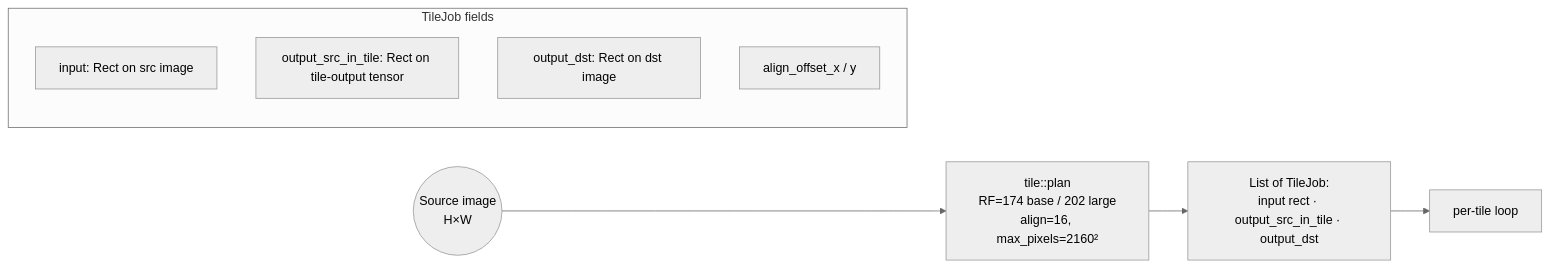
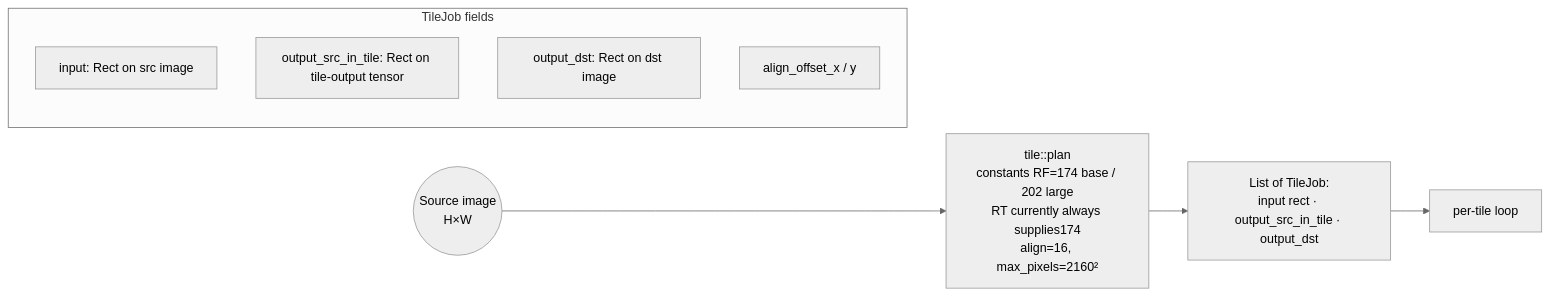
Before and after one commit to ssoj13/oidn-rs: the sixth of 19 diagrams in DIAGRAMS.md, drawn with Mermaid (neutral theme). The commit also changed other lines of this file and 245 other files, not shown here.

````diff
--- a/DIAGRAMS.md
+++ b/DIAGRAMS.md
@@ -98,14 +143,14 @@
 ```mermaid
 flowchart LR
     img((Source image<br/>H×W))
-    img --> plan[tile::plan<br/>RF=174 base / 202 large<br/>align=16, max_pixels=2160²]
+    img --> plan[tile::plan<br/>constants RF=174 base / 202 large<br/>RT currently always supplies174<br/>align=16, max_pixels=2160²]
     plan --> jobs[List of TileJob:<br/>input rect · output_src_in_tile · output_dst]
     jobs --> tloop[per-tile loop]
 
     subgraph job[TileJob fields]
         f1[input: Rect on src image]
         f2[output_src_in_tile: Rect on tile-output tensor]
         f3[output_dst: Rect on dst image]
         f4[align_offset_x / y]
     end
 ```
````
